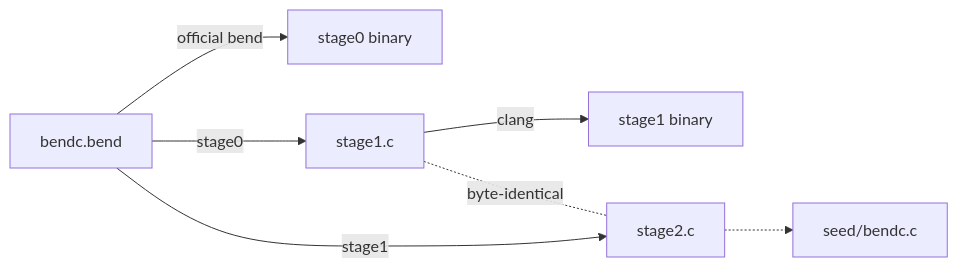
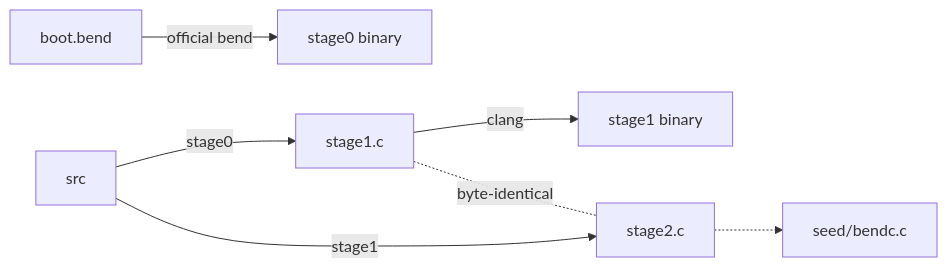
The diagram in README.md (Lulzx/bendc), drawn with Mermaid before and after one commit. The commit also changed other lines of this file and 4 other files, not shown here.

First line of the commit message:
Bootstrap stage0 from boot.bend: bendc without its checker

````diff
--- a/README.md
+++ b/README.md
@@ -148,9 +147,9 @@
 ```mermaid
 flowchart LR
-    src[bendc.bend] -->|official bend| s0[stage0 binary]
+    boot[boot.bend] -->|official bend| s0[stage0 binary]
     src -->|stage0| c1[stage1.c]
     c1 -->|clang| s1[stage1 binary]
     src -->|stage1| c2[stage2.c]
     c1 -. byte-identical .- c2
     c2 -.-> seed[seed/bendc.c]
 ```
````
